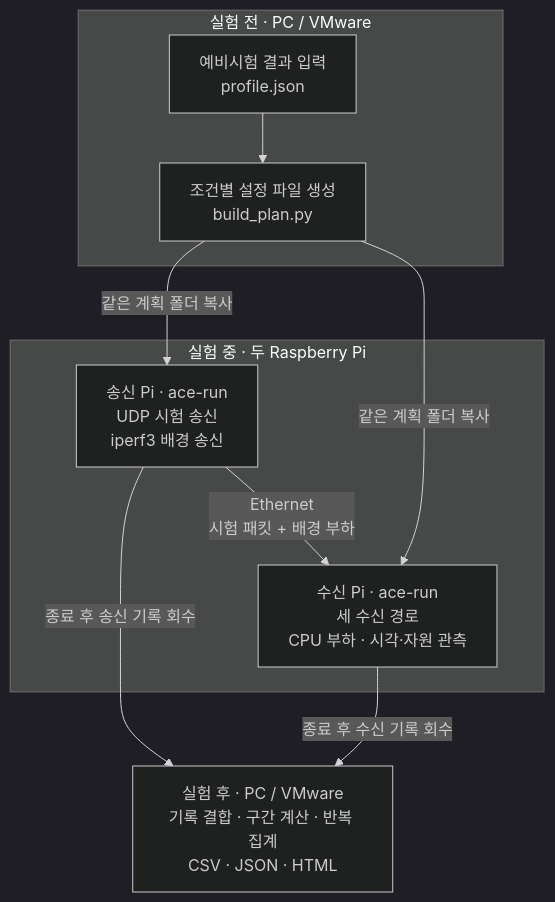
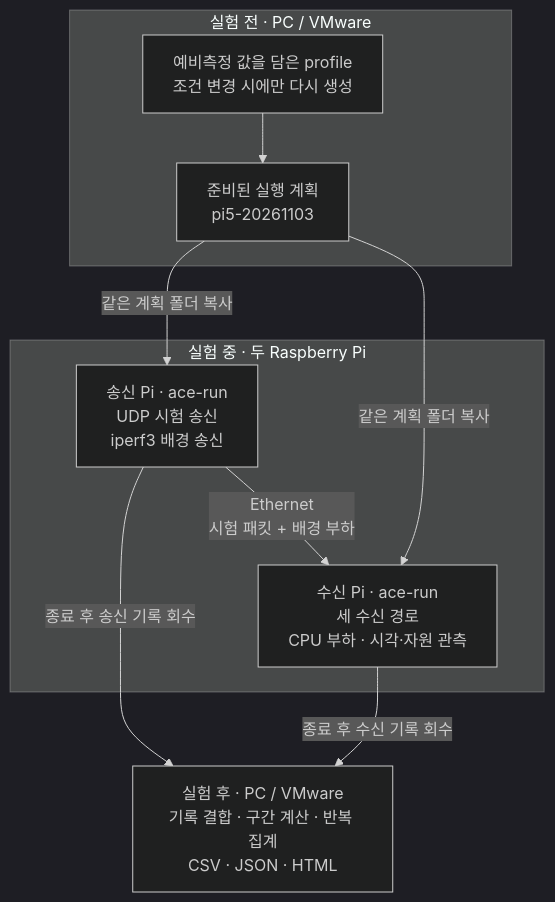
Before and after one commit to kingwooseok/ACEteam_Bachelor_thesis: the third of 3 diagrams in README.md, drawn with Mermaid (dark theme). The commit also changed other lines of this file and 70 other files, not shown here.

````diff
--- a/README.md
+++ b/README.md
@@ -159,16 +164,16 @@
 ```mermaid
 flowchart TB
     subgraph PRE["실험 전 · PC / VMware"]
-        V["예비시험 결과 입력<br/>profile.json"] --> P["조건별 설정 파일 생성<br/>build_plan.py"]
+        V["예비측정 값을 담은 profile<br/>조건 변경 시에만 다시 생성"] --> P["준비된 실행 계획<br/>pi5-20261103"]
     end
     subgraph RUN["실험 중 · 두 Raspberry Pi"]
         T["송신 Pi · ace-run<br/>UDP 시험 송신<br/>iperf3 배경 송신"]
         R["수신 Pi · ace-run<br/>세 수신 경로<br/>CPU 부하 · 시각·자원 관측"]
         T -->|"Ethernet<br/>시험 패킷 + 배경 부하"| R
     end
     P -->|"같은 계획 폴더 복사"| T
     P -->|"같은 계획 폴더 복사"| R
     T -->|"종료 후 송신 기록 회수"| A
     R -->|"종료 후 수신 기록 회수"| A
     A["실험 후 · PC / VMware<br/>기록 결합 · 구간 계산 · 반복 집계<br/>CSV · JSON · HTML"]
 ```
````
